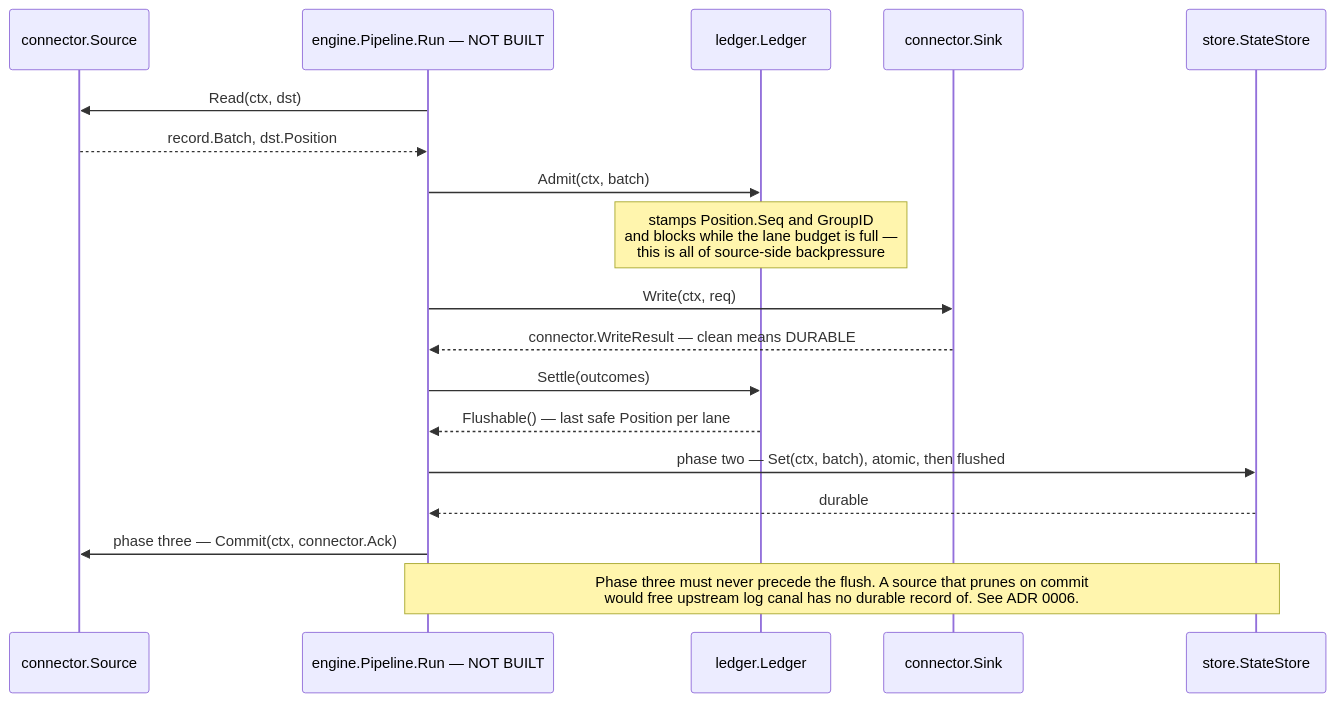
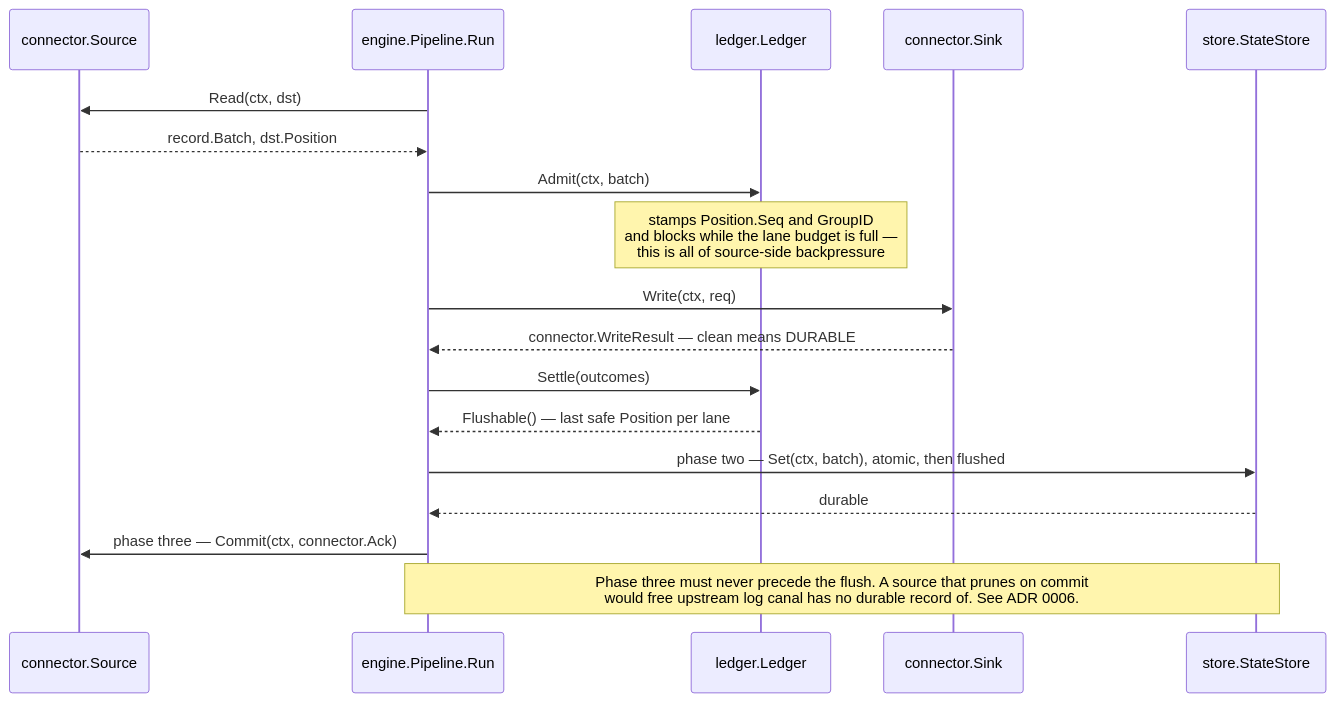
The second of 3 diagrams in README.md (BernardoCSACarreira/canal), drawn with Mermaid before and after one commit. The commit also changed other lines of this file and 10 other files, not shown here.

````diff
--- a/README.md
+++ b/README.md
@@ -97,21 +108,21 @@
 ```mermaid
 sequenceDiagram
     participant Src as connector.Source
-    participant Eng as engine.Pipeline.Run — NOT BUILT
+    participant Eng as engine.Pipeline.Run
     participant Led as ledger.Ledger
     participant Snk as connector.Sink
     participant St as store.StateStore
 
     Eng->>Src: Read(ctx, dst)
     Src-->>Eng: record.Batch, dst.Position
     Eng->>Led: Admit(ctx, batch)
     Note over Led: stamps Position.Seq and GroupID<br/>and blocks while the lane budget is full —<br/>this is all of source-side backpressure
     Eng->>Snk: Write(ctx, req)
     Snk-->>Eng: connector.WriteResult — clean means DURABLE
     Eng->>Led: Settle(outcomes)
     Led-->>Eng: Flushable() — last safe Position per lane
     Eng->>St: phase two — Set(ctx, batch), atomic, then flushed
     St-->>Eng: durable
     Eng->>Src: phase three — Commit(ctx, connector.Ack)
     Note over Eng,St: Phase three must never precede the flush. A source that prunes on commit<br/>would free upstream log canal has no durable record of. See ADR 0006.
 ```
````
